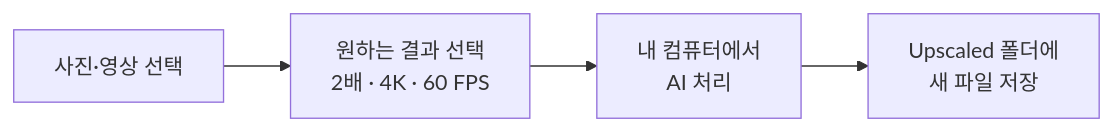
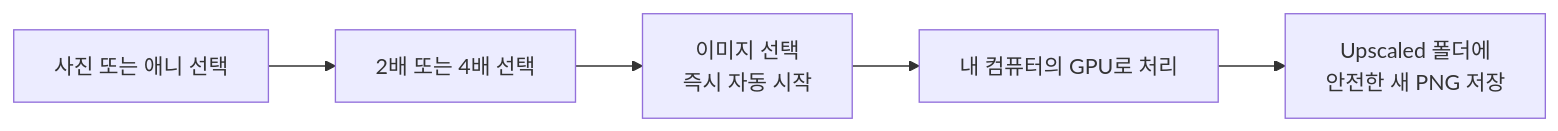
The first of 3 diagrams in README.md (zooslab/zoos-upscale), drawn with Mermaid before and after one commit. The commit also changed other lines of this file and 1 other file, not shown here.

````diff
--- a/README.md
+++ b/README.md
@@ -48,6 +36,7 @@
 ```mermaid
 flowchart LR
-    A["사진·영상 선택"] --> B["원하는 결과 선택<br/>2배 · 4K · 60 FPS"]
-    B --> C["내 컴퓨터에서<br/>AI 처리"]
-    C --> D["Upscaled 폴더에<br/>새 파일 저장"]
+    A["사진 또는 애니 선택"] --> B["2배 또는 4배 선택"]
+    B --> C["이미지 선택<br/>즉시 자동 시작"]
+    C --> D["내 컴퓨터의 GPU로 처리"]
+    D --> E["Upscaled 폴더에<br/>안전한 새 PNG 저장"]
 ```
````
